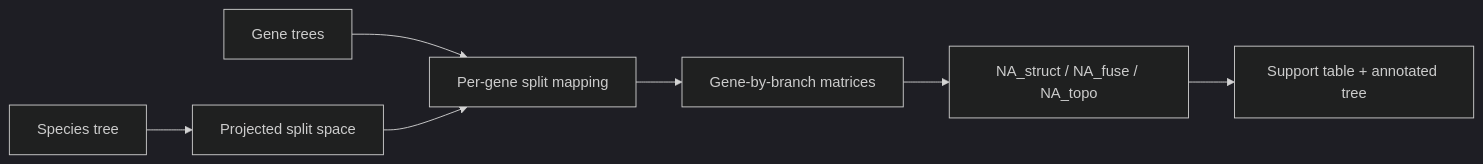
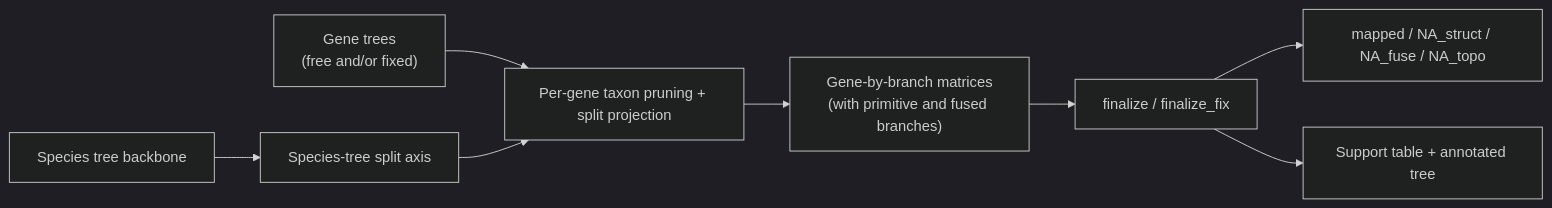
The diagram in README.md (wujiaqi06/SplitAligner), drawn with Mermaid (dark theme) before and after one commit. The commit also changed other lines of this file and 43 other files, not shown here.

````diff
--- a/README.md
+++ b/README.md
@@ -116,9 +118,10 @@
 ```mermaid
 flowchart LR
-    A["Species tree"] --> B["Projected split space"]
-    C["Gene trees"] --> D["Per-gene split mapping"]
+    A["Species tree backbone"] --> B["Species-tree split axis"]
+    C["Gene trees<br/>(free and/or fixed)"] --> D["Per-gene taxon pruning + split projection"]
     B --> D
-    D --> E["Gene-by-branch matrices"]
-    E --> F["NA_struct / NA_fuse / NA_topo"]
-    F --> G["Support table + annotated tree"]
+    D --> E["Gene-by-branch matrices<br/>(with primitive and fused branches)"]
+    E --> F["finalize / finalize_fix"]
+    F --> G["mapped / NA_struct / NA_fuse / NA_topo"]
+    F --> H["Support table + annotated tree"]
 ```
````
